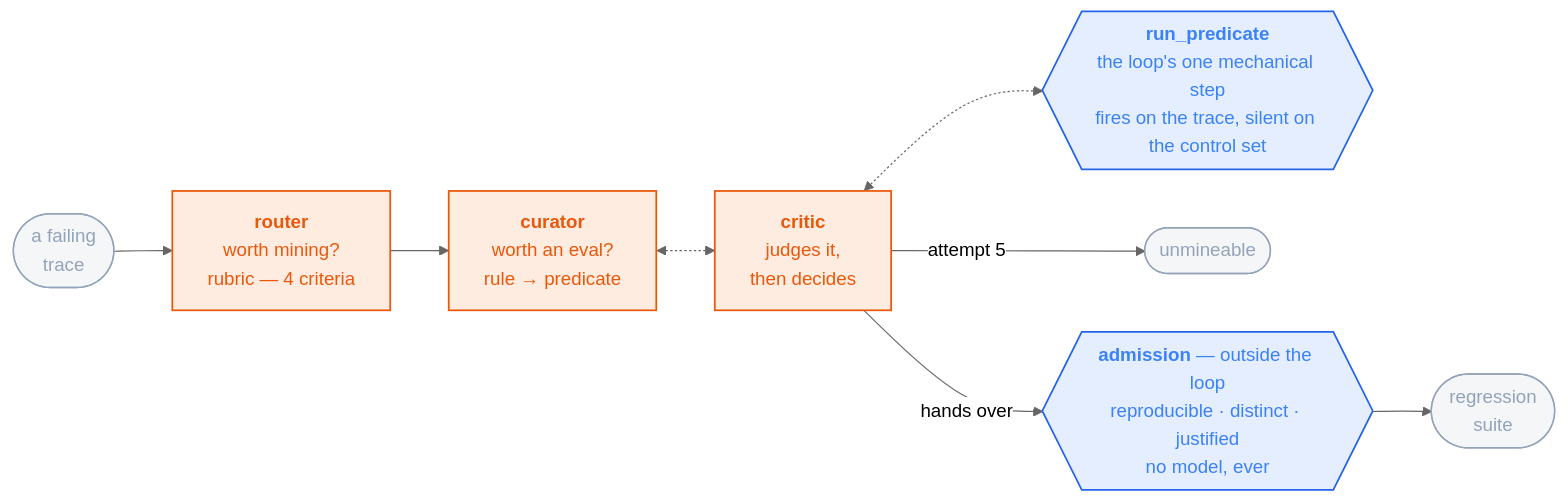
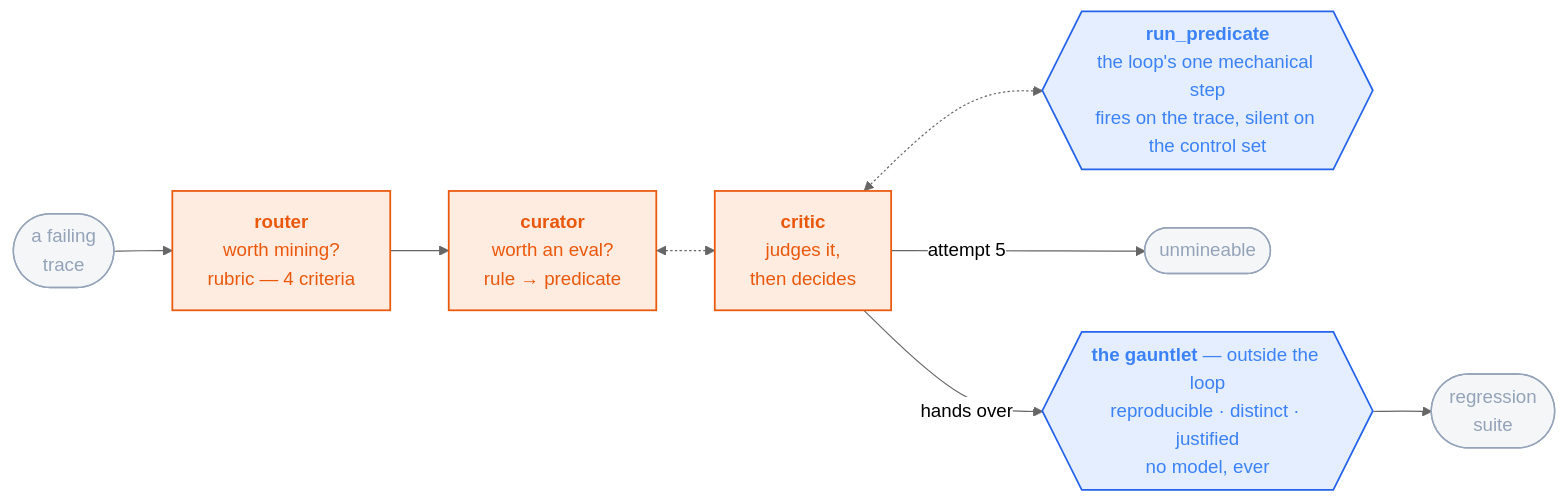
Before and after one commit to sandeepyadav1478/touchstone: the diagram in README.md, drawn with Mermaid (neutral theme). The commit also changed other lines of this file and 12 other files, not shown here.

````diff
--- a/README.md
+++ b/README.md
@@ -80,17 +80,17 @@
 ```mermaid
 flowchart LR
   T(["a failing<br/>trace"]) --> R["<b>router</b><br/>worth mining?<br/>rubric — 4 criteria"]
   R --> CU["<b>curator</b><br/>worth an eval?<br/>rule → predicate"]
   CU <-.-> CR["<b>critic</b><br/>judges it,<br/>then decides"]
   CR <-.-> RP{{"<b>run_predicate</b><br/>the loop's one mechanical step<br/>fires on the trace, silent on the control set"}}
   CR -->|"attempt 5"| U(["unmineable"])
-  CR -->|"hands over"| AD{{"<b>admission</b> — outside the loop<br/>reproducible · distinct · justified<br/>no model, ever"}}
+  CR -->|"hands over"| AD{{"<b>the gauntlet</b> — outside the loop<br/>reproducible · distinct · justified<br/>no model, ever"}}
   AD --> S(["regression<br/>suite"])
 
   classDef m fill:#f9731622,stroke:#ea580c,stroke-width:1.5px,color:#ea580c
   classDef d fill:#3b82f622,stroke:#2563eb,stroke-width:1.5px,color:#3b82f6
   classDef io fill:#94a3b81a,stroke:#94a3b8,stroke-width:1.2px,color:#94a3b8
   class R,CU,CR m
   class RP,AD d
   class T,S,U io
 ```
````
